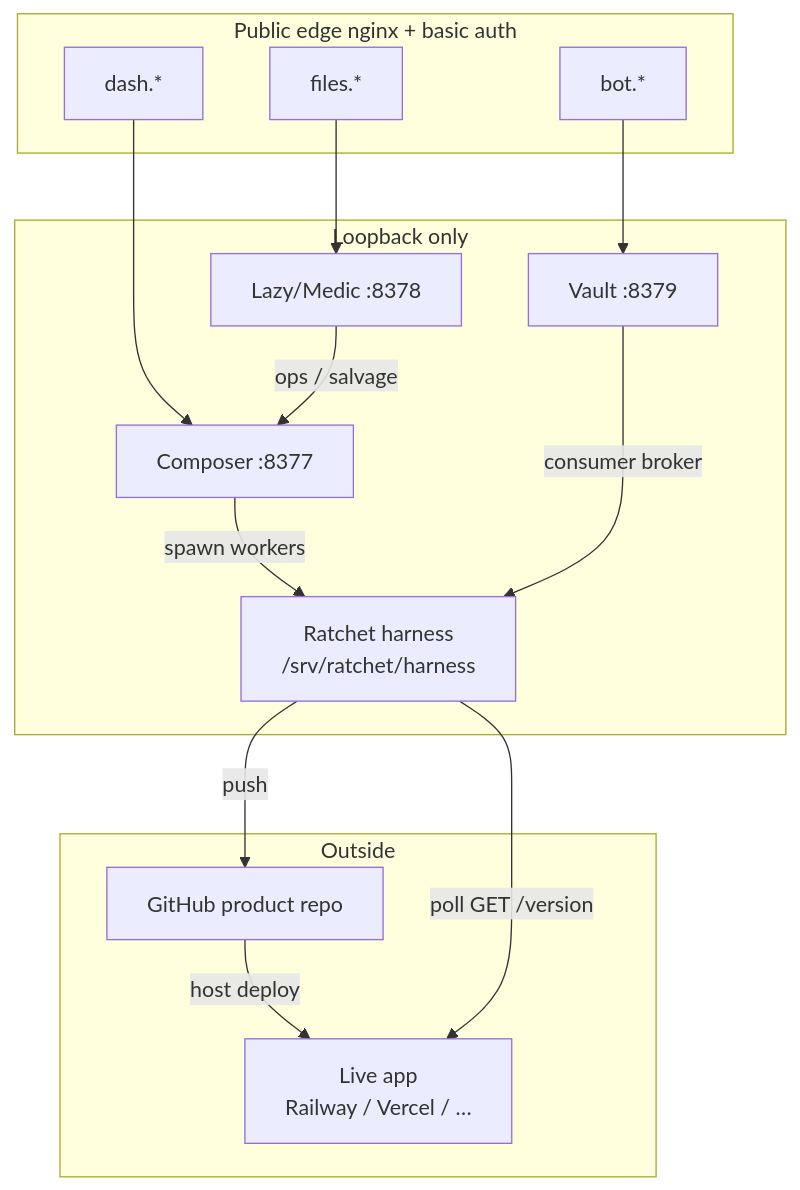
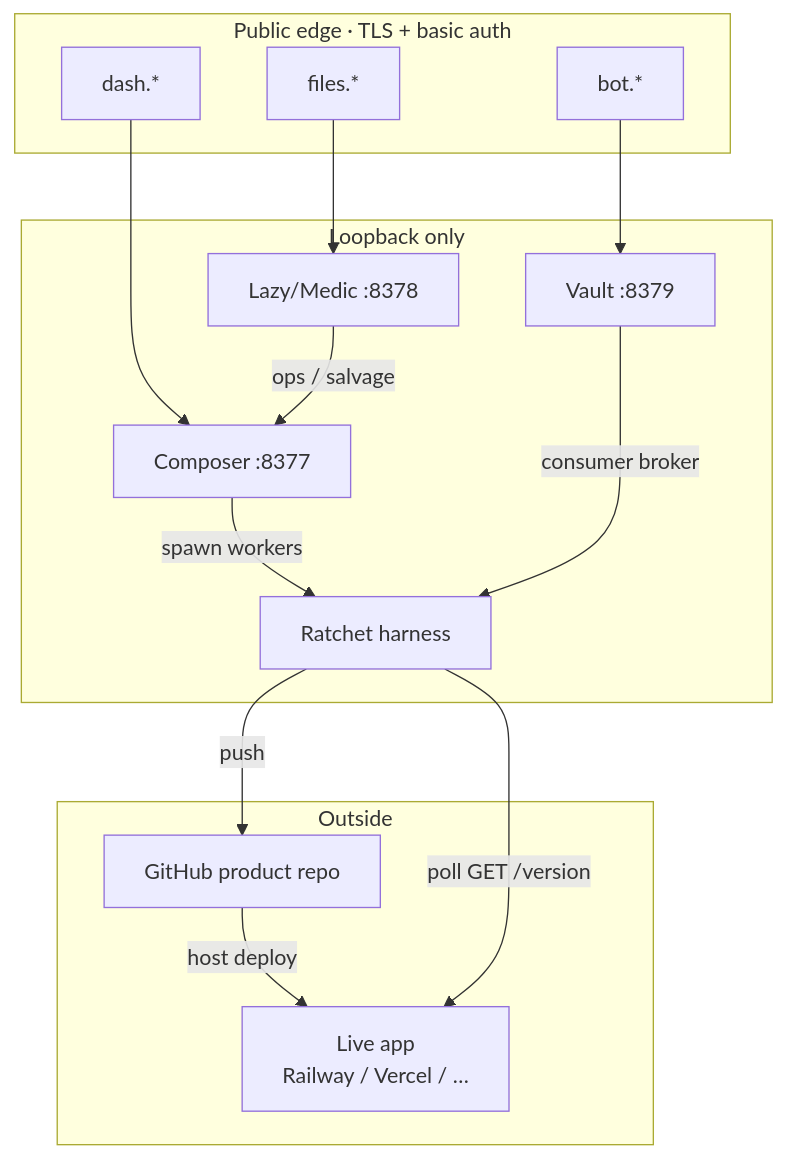
The second of 7 diagrams in apps/web/public/content/vibe-coding/ratchet-guide/diagrams.md (southu/vygo), drawn with Mermaid before and after one commit. The commit also changed other lines of this file and 42 other files, not shown here.

````diff
--- a/apps/web/public/content/vibe-coding/ratchet-guide/diagrams.md
+++ b/apps/web/public/content/vibe-coding/ratchet-guide/diagrams.md
@@ -34,30 +34,30 @@
 ```mermaid
 flowchart TB
-  subgraph edge [Public edge nginx + basic auth]
+  subgraph edge [Public edge · TLS + basic auth]
     DASH[dash.*]
     FILES[files.*]
     BOT[bot.*]
   end
 
   subgraph loopback [Loopback only]
     C[Composer :8377]
     L[Lazy/Medic :8378]
     V[Vault :8379]
-    H[Ratchet harness<br/>/srv/ratchet/harness]
+    H[Ratchet harness]
   end
 
   subgraph outside [Outside]
     GH[GitHub product repo]
     LIVE[Live app<br/>Railway / Vercel / …]
   end
 
   DASH --> C
   FILES --> L
   BOT --> V
   C -->|spawn workers| H
   L -->|ops / salvage| C
   V -->|consumer broker| H
   H -->|push| GH
   GH -->|host deploy| LIVE
   H -->|poll GET /version| LIVE
 ```
````
